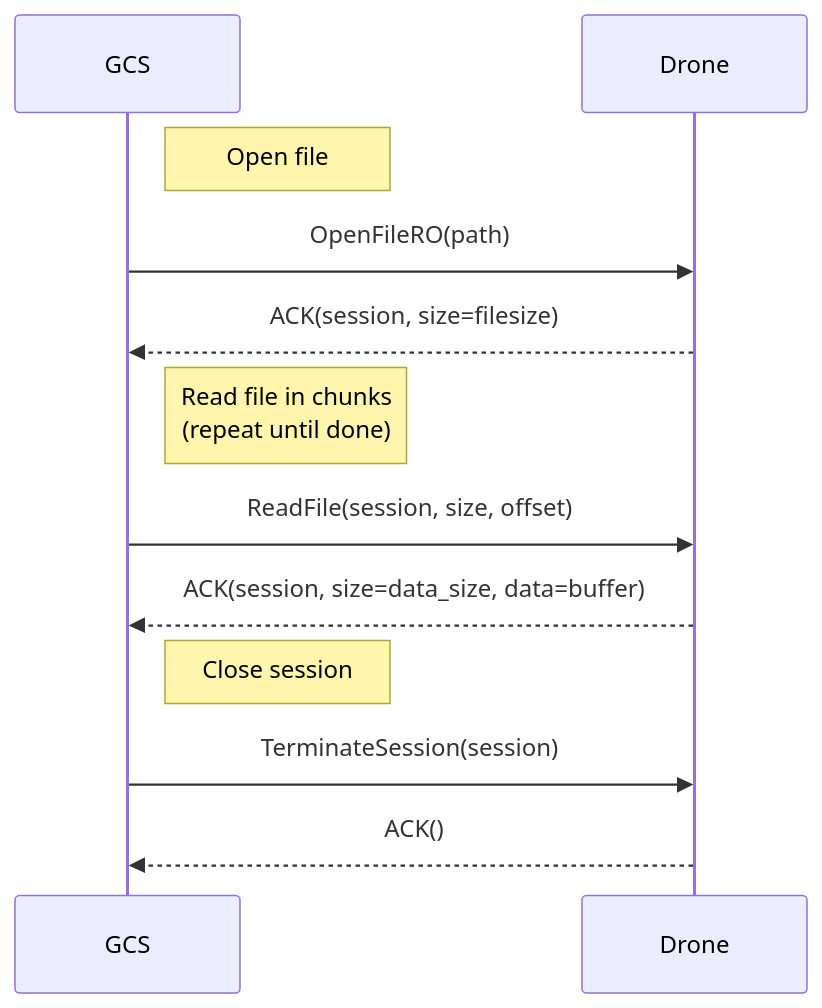
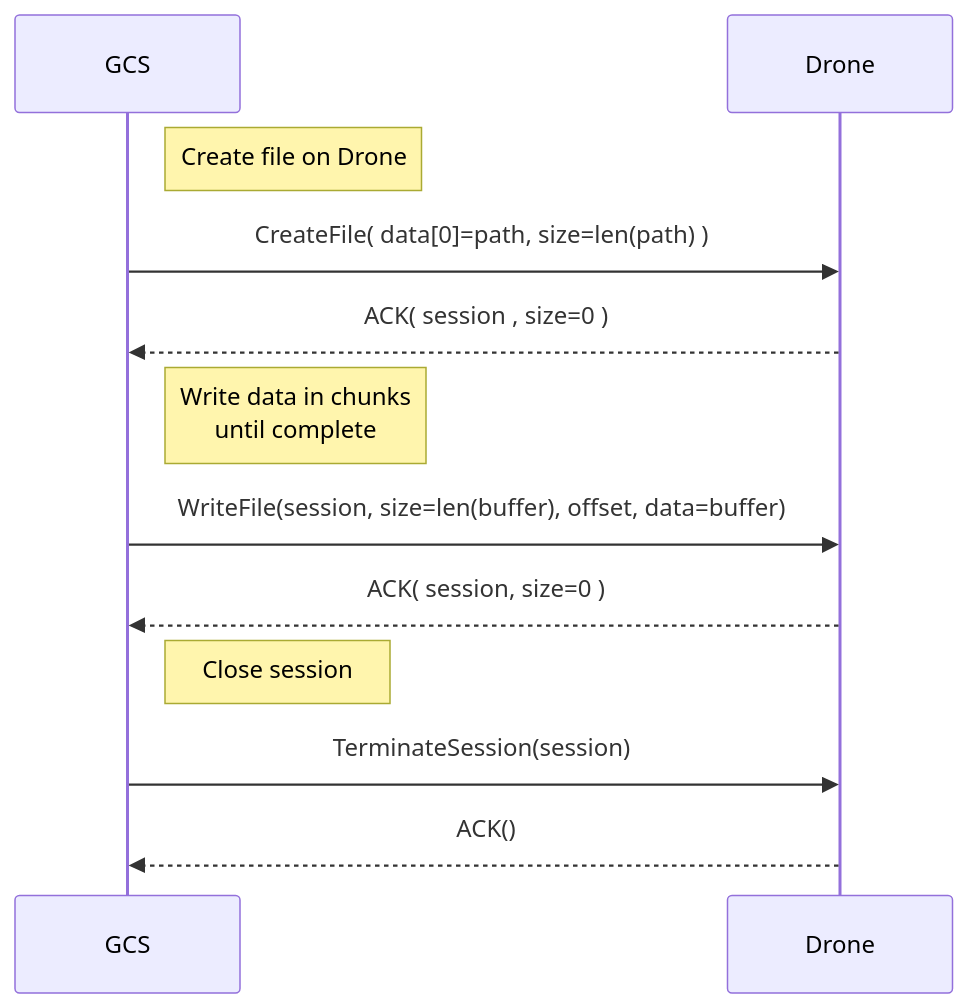
The second of 7 diagrams in en/protocol/ftp.md (mavlink/mavlink-devguide), drawn with Mermaid before and after one commit. The commit also changed other lines of this file, not shown here.

Commit message:
Add missing operations - create directory etc

```diff
--- a/en/protocol/ftp.md
+++ b/en/protocol/ftp.md
@@ -135,14 +188,14 @@
 {% mermaid %}
 sequenceDiagram;
     participant GCS
     participant Drone
-    Note right of GCS: Open file
-    GCS->>Drone:  OpenFileRO(path)
-    Drone-->>GCS: ACK(session, size=filesize)
-    Note right of GCS: Read file in chunks<br>(repeat until done)
-    GCS->>Drone:  ReadFile(session, size, offset)
-    Drone-->>GCS: ACK(session, size=data_size, data=buffer)
+    Note right of GCS: Create file on Drone
+    GCS->>Drone:  CreateFile( data[0]=path, size=len(path) )
+    Drone-->>GCS: ACK( session , size=0 )
+    Note right of GCS: Write data in chunks<br>until complete
+    GCS->>Drone:  WriteFile(session, size=len(buffer), offset, data=buffer)
+    Drone-->>GCS: ACK( session, size=0 )
     Note right of GCS: Close session
     GCS->>Drone:  TerminateSession(session)
     Drone-->>GCS: ACK()
 {% endmermaid %}
```
